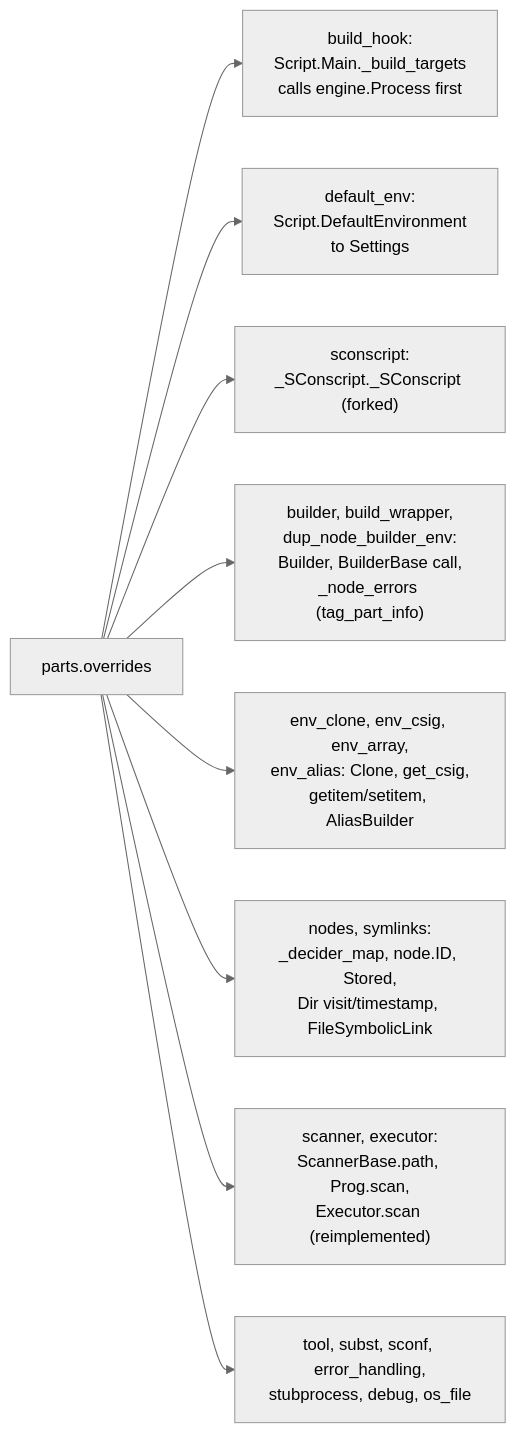
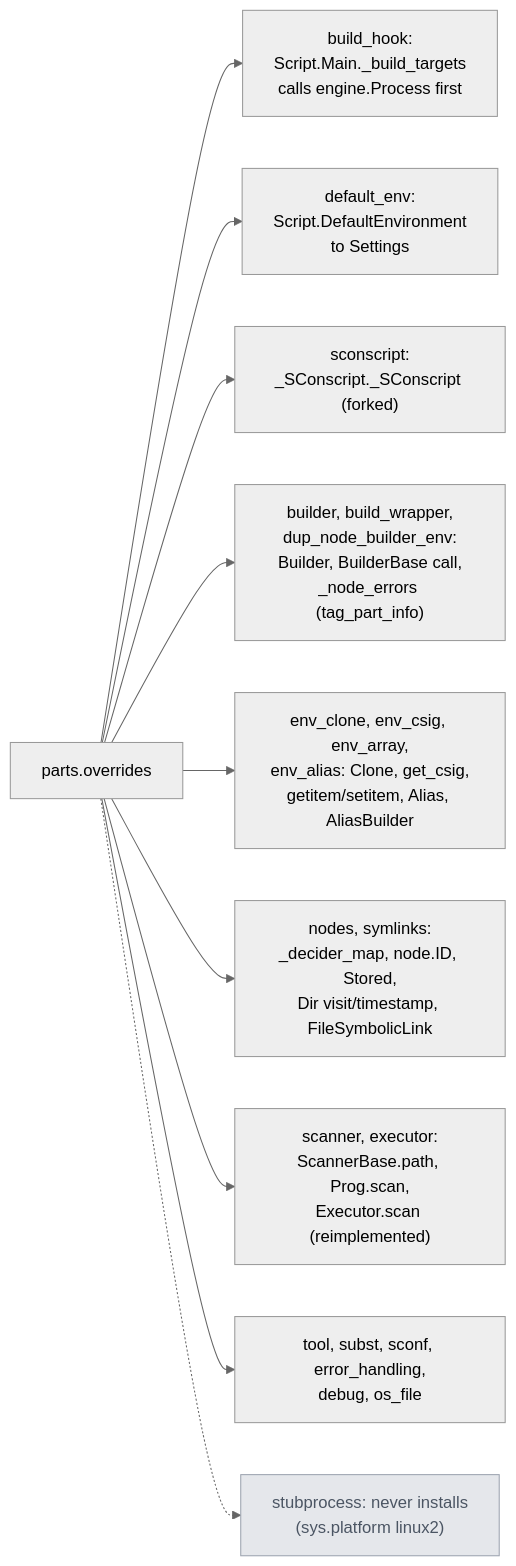
The first of 3 diagrams in doc/architecture/07-overrides-caches-dead-code.md (sconsparts/parts), drawn with Mermaid (neutral theme) before and after one commit. The commit also changed other lines of this file and 8 other files, not shown here.

First line of the commit message:
Correct the architecture maps after an order-and-attribution review

````diff
--- a/doc/architecture/07-overrides-caches-dead-code.md
+++ b/doc/architecture/07-overrides-caches-dead-code.md
@@ -9,11 +9,13 @@
 ```mermaid
 flowchart LR
     O["parts.overrides"] --> BH["build_hook:<br/>Script.Main._build_targets<br/>calls engine.Process first"]
     O --> DE["default_env:<br/>Script.DefaultEnvironment<br/>to Settings"]
     O --> SCR["sconscript:<br/>_SConscript._SConscript (forked)"]
     O --> BLD["builder, build_wrapper,<br/>dup_node_builder_env:<br/>Builder, BuilderBase call,<br/>_node_errors (tag_part_info)"]
-    O --> ENV["env_clone, env_csig, env_array,<br/>env_alias: Clone, get_csig,<br/>getitem/setitem, AliasBuilder"]
+    O --> ENV["env_clone, env_csig, env_array,<br/>env_alias: Clone, get_csig,<br/>getitem/setitem, Alias, AliasBuilder"]
     O --> ND["nodes, symlinks:<br/>_decider_map, node.ID, Stored,<br/>Dir visit/timestamp, FileSymbolicLink"]
     O --> SCN["scanner, executor:<br/>ScannerBase.path, Prog.scan,<br/>Executor.scan (reimplemented)"]
-    O --> MISC["tool, subst, sconf, error_handling,<br/>stubprocess, debug, os_file"]
+    O --> MISC["tool, subst, sconf, error_handling,<br/>debug, os_file"]
+    O -.-> STUB["stubprocess: never installs<br/>(sys.platform linux2)"]:::dead
+    classDef dead fill:#e5e7eb,stroke:#9ca3af,color:#4b5563
 ```
````
